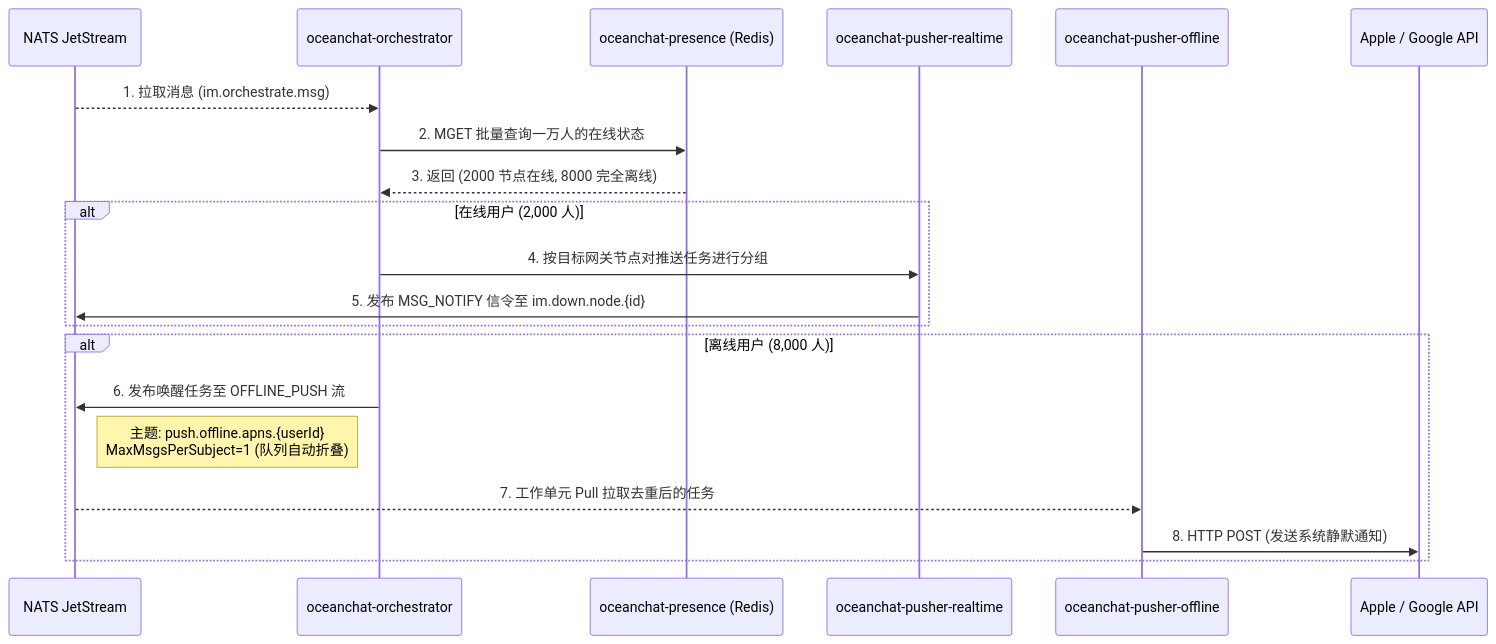
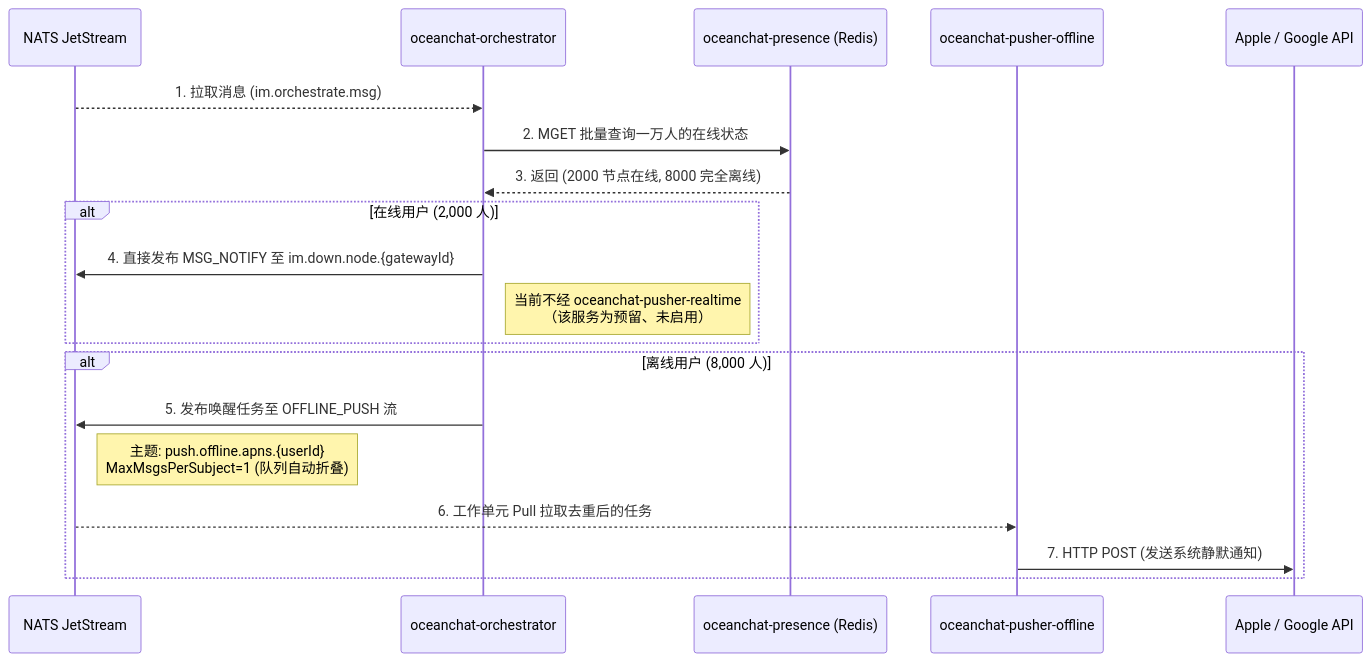
One commit to JamesWilson19970101/ocean.chat.docs changed the second of 4 diagrams in i18n/zh-CN/docusaurus-plugin-content-docs/current/devdocs/Bussiness Logic/group-message-flow.md. Above: the diagram before and after it, drawn with Mermaid. The commit also changed 5 other files, not shown here.

First line of the commit message:
docs: mark pusher-realtime reserved; orchestrator owns online fan-out

````diff
--- a/i18n/zh-CN/docusaurus-plugin-content-docs/current/devdocs/Bussiness Logic/group-message-flow.md
+++ b/i18n/zh-CN/docusaurus-plugin-content-docs/current/devdocs/Bussiness Logic/group-message-flow.md
@@ -98,25 +98,24 @@
 ```mermaid
 sequenceDiagram
     participant NATS as NATS JetStream
     participant Orch as oceanchat-orchestrator
     participant Presence as oceanchat-presence (Redis)
-    participant PushRT as oceanchat-pusher-realtime
     participant PushOff as oceanchat-pusher-offline
     participant APNs as Apple / Google API
 
     NATS-->>Orch: 1. 拉取消息 (im.orchestrate.msg)
     Orch->>Presence: 2. MGET 批量查询一万人的在线状态
     Presence-->>Orch: 3. 返回 (2000 节点在线, 8000 完全离线)
 
     alt 在线用户 (2,000 人)
-        Orch->>PushRT: 4. 按目标网关节点对推送任务进行分组
-        PushRT->>NATS: 5. 发布 MSG_NOTIFY 信令至 im.down.node.{id}
+        Orch->>NATS: 4. 直接发布 MSG_NOTIFY 至 im.down.node.{gatewayId}
+        note right of Orch: 当前不经 oceanchat-pusher-realtime<br/>（该服务为预留、未启用）
     end
 
     alt 离线用户 (8,000 人)
-        Orch->>NATS: 6. 发布唤醒任务至 OFFLINE_PUSH 流
+        Orch->>NATS: 5. 发布唤醒任务至 OFFLINE_PUSH 流
         note right of NATS: 主题: push.offline.apns.{userId}<br/>MaxMsgsPerSubject=1 (队列自动折叠)
-        NATS-->>PushOff: 7. 工作单元 Pull 拉取去重后的任务
-        PushOff->>APNs: 8. HTTP POST (发送系统静默通知)
+        NATS-->>PushOff: 6. 工作单元 Pull 拉取去重后的任务
+        PushOff->>APNs: 7. HTTP POST (发送系统静默通知)
     end
 ```
````
